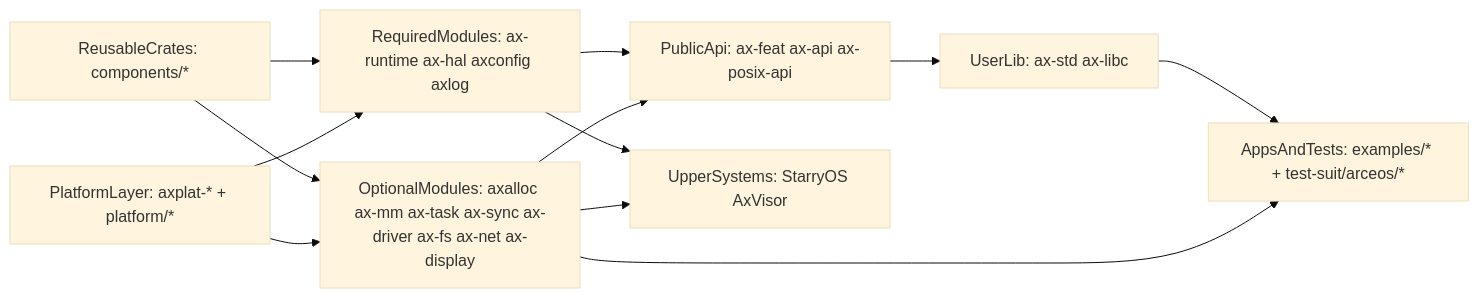
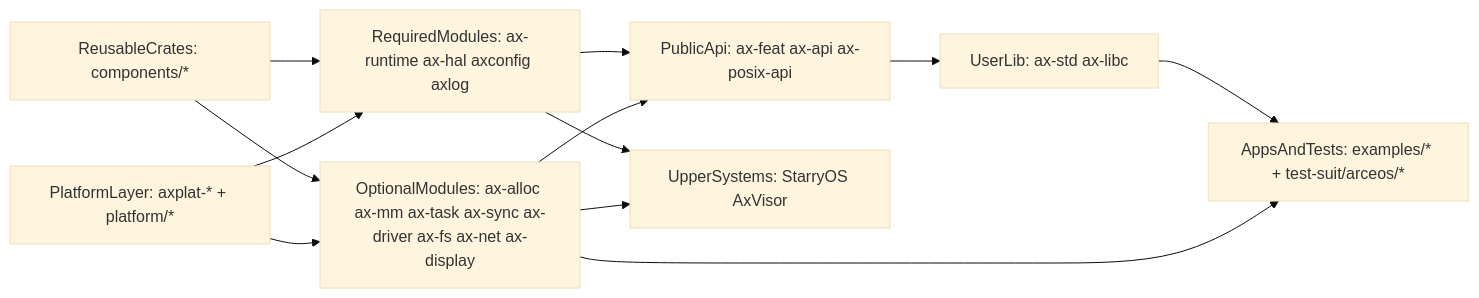
The first of 5 diagrams in docs/arceos-internals.md (zKurisu/tgoskits), drawn with Mermaid (base theme) before and after one commit. The commit also changed other lines of this file and 75 other files, not shown here.

Commit message:
rename axalloc to ax-alloc

````diff
--- a/docs/arceos-internals.md
+++ b/docs/arceos-internals.md
@@ -36,23 +36,23 @@
 ```mermaid
 flowchart LR
     reusableCrates["ReusableCrates: components/*"]
     platformLayer["PlatformLayer: axplat-* + platform/*"]
     requiredModules["RequiredModules: ax-runtime ax-hal axconfig axlog"]
-    optionalModules["OptionalModules: axalloc ax-mm ax-task ax-sync ax-driver ax-fs ax-net ax-display"]
+    optionalModules["OptionalModules: ax-alloc ax-mm ax-task ax-sync ax-driver ax-fs ax-net ax-display"]
     publicApi["PublicApi: ax-feat ax-api ax-posix-api"]
     userLib["UserLib: ax-std ax-libc"]
     appsAndTests["AppsAndTests: examples/* + test-suit/arceos/*"]
     upperSystems["UpperSystems: StarryOS AxVisor"]
 
     reusableCrates --> requiredModules
     reusableCrates --> optionalModules
     platformLayer --> requiredModules
     platformLayer --> optionalModules
     requiredModules --> publicApi
     optionalModules --> publicApi
     publicApi --> userLib
     userLib --> appsAndTests
     optionalModules --> appsAndTests
     requiredModules --> upperSystems
     optionalModules --> upperSystems
 ```
````
